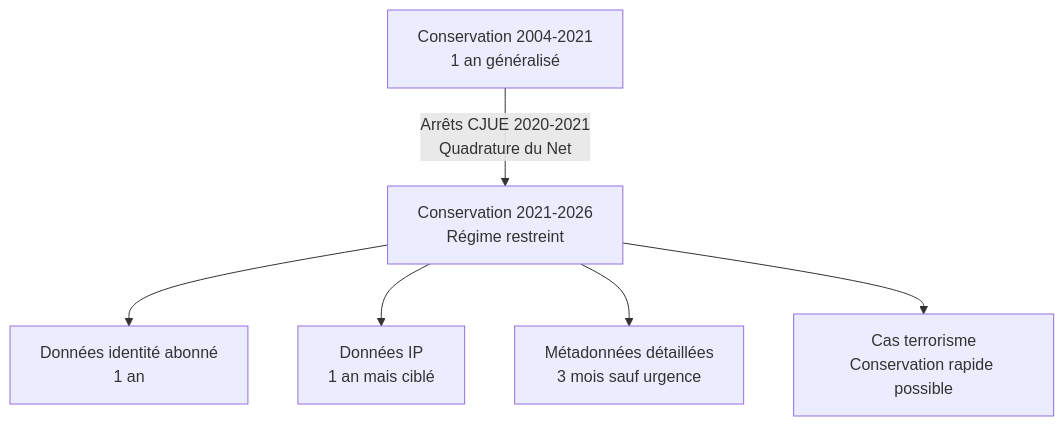
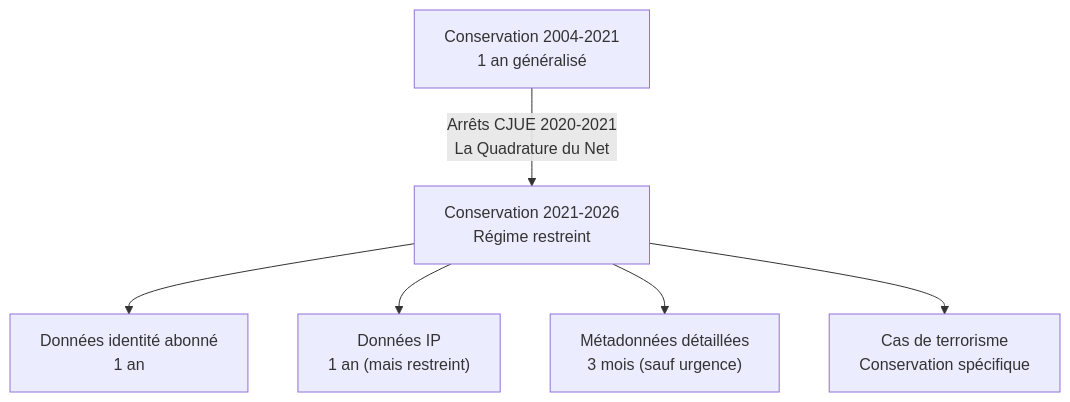
The fifth of 7 diagrams in docs/cursus-forensic/01-cycle-0-fondations/module-1-legislation/05-lcen-2004.md (zyrass/omnydocs), drawn with Mermaid before and after one commit. The commit also changed other lines of this file and 171 other files, not shown here.

````diff
--- a/docs/cursus-forensic/01-cycle-0-fondations/module-1-legislation/05-lcen-2004.md
+++ b/docs/cursus-forensic/01-cycle-0-fondations/module-1-legislation/05-lcen-2004.md
@@ -225,8 +245,8 @@
 ```mermaid
 flowchart TB
-    A[Conservation 2004-2021<br>1 an généralisé] -->|Arrêts CJUE 2020-2021<br>Quadrature du Net| B[Conservation 2021-2026<br>Régime restreint]
-    B --> C[Données identité abonné<br>1 an]
-    B --> D[Données IP<br>1 an mais ciblé]
-    B --> E[Métadonnées détaillées<br>3 mois sauf urgence]
-    B --> F[Cas terrorisme<br>Conservation rapide possible]
+    A["Conservation 2004-2021<br>1 an généralisé"] -->|"Arrêts CJUE 2020-2021<br>La Quadrature du Net"| B["Conservation 2021-2026<br>Régime restreint"]
+    B --> C["Données identité abonné<br>1 an"]
+    B --> D["Données IP<br>1 an (mais restreint)"]
+    B --> E["Métadonnées détaillées<br>3 mois (sauf urgence)"]
+    B --> F["Cas de terrorisme<br>Conservation spécifique"]
 ```
````
